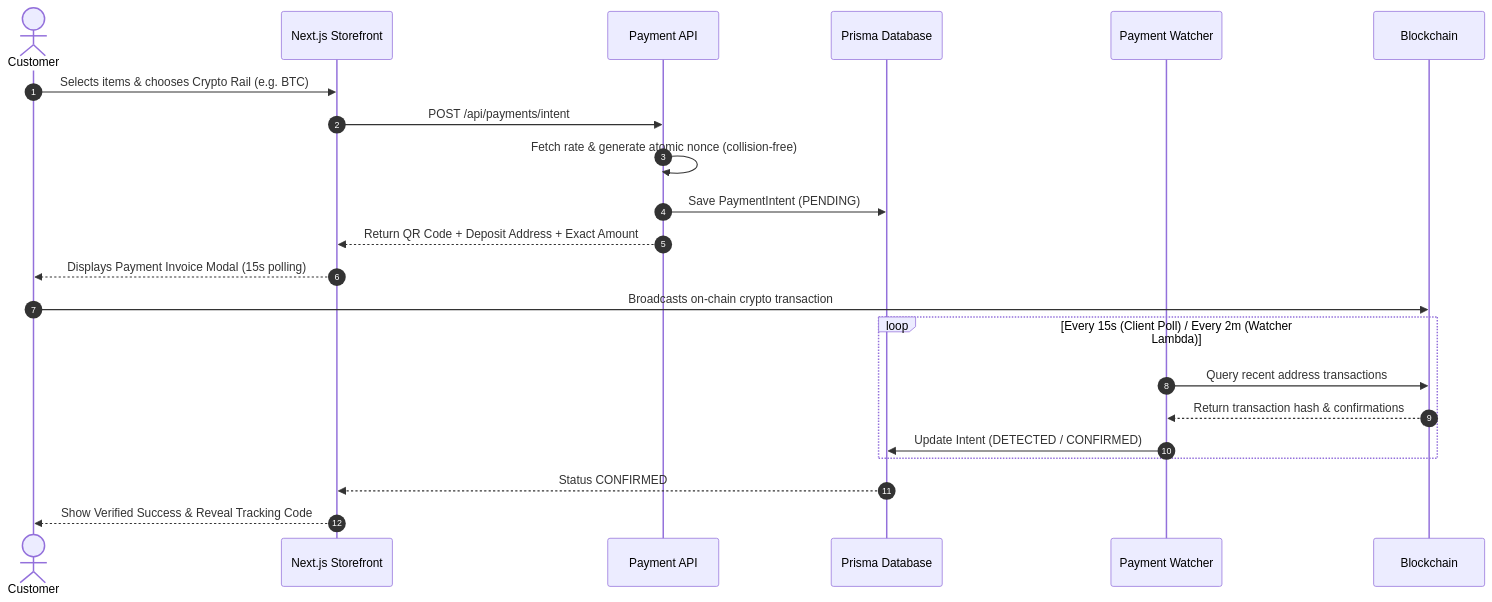
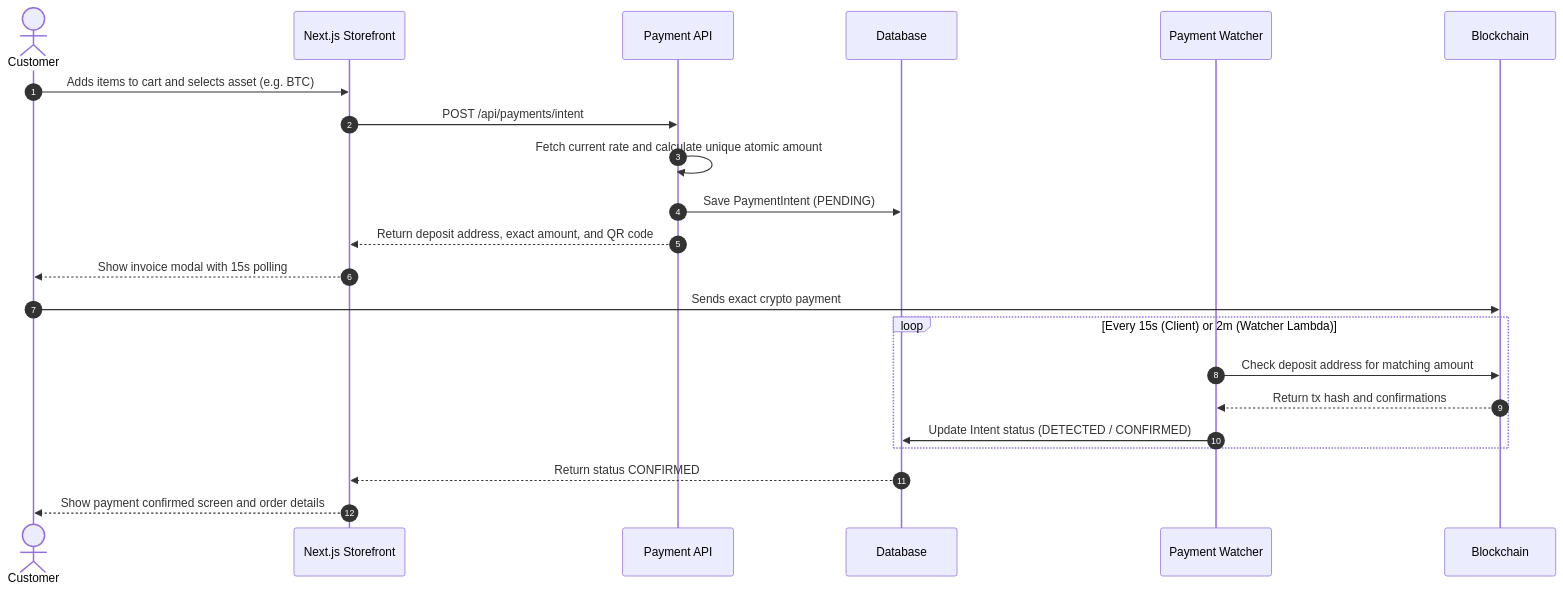
One commit to dustindog101/crypto-ecom-template changed the diagram in README.md. Above: the diagram before and after it, drawn with Mermaid. The commit also changed other lines of this file and 4 other files, not shown here.

````diff
--- a/README.md
+++ b/README.md
@@ -103,27 +99,27 @@
 ```mermaid
 sequenceDiagram
     autonumber
     actor Buyer as Customer
     participant Web as Next.js Storefront
     participant API as Payment API
-    participant DB as Prisma Database
+    participant DB as Database
     participant Watcher as Payment Watcher
     participant Chain as Blockchain
 
-    Buyer->>Web: Selects items & chooses Crypto Rail (e.g. BTC)
+    Buyer->>Web: Adds items to cart and selects asset (e.g. BTC)
     Web->>API: POST /api/payments/intent
-    API->>API: Fetch rate & generate atomic nonce (collision-free)
+    API->>API: Fetch current rate and calculate unique atomic amount
     API->>DB: Save PaymentIntent (PENDING)
-    API-->>Web: Return QR Code + Deposit Address + Exact Amount
-    Web-->>Buyer: Displays Payment Invoice Modal (15s polling)
+    API-->>Web: Return deposit address, exact amount, and QR code
+    Web-->>Buyer: Show invoice modal with 15s polling
 
-    Buyer->>Chain: Broadcasts on-chain crypto transaction
-    loop Every 15s (Client Poll) / Every 2m (Watcher Lambda)
-        Watcher->>Chain: Query recent address transactions
-        Chain-->>Watcher: Return transaction hash & confirmations
-        Watcher->>DB: Update Intent (DETECTED / CONFIRMED)
+    Buyer->>Chain: Sends exact crypto payment
+    loop Every 15s (Client) or 2m (Watcher Lambda)
+        Watcher->>Chain: Check deposit address for matching amount
+        Chain-->>Watcher: Return tx hash and confirmations
+        Watcher->>DB: Update Intent status (DETECTED / CONFIRMED)
     end
 
-    DB-->>Web: Status CONFIRMED
-    Web-->>Buyer: Show Verified Success & Reveal Tracking Code
+    DB-->>Web: Return status CONFIRMED
+    Web-->>Buyer: Show payment confirmed screen and order details
 ```
````
